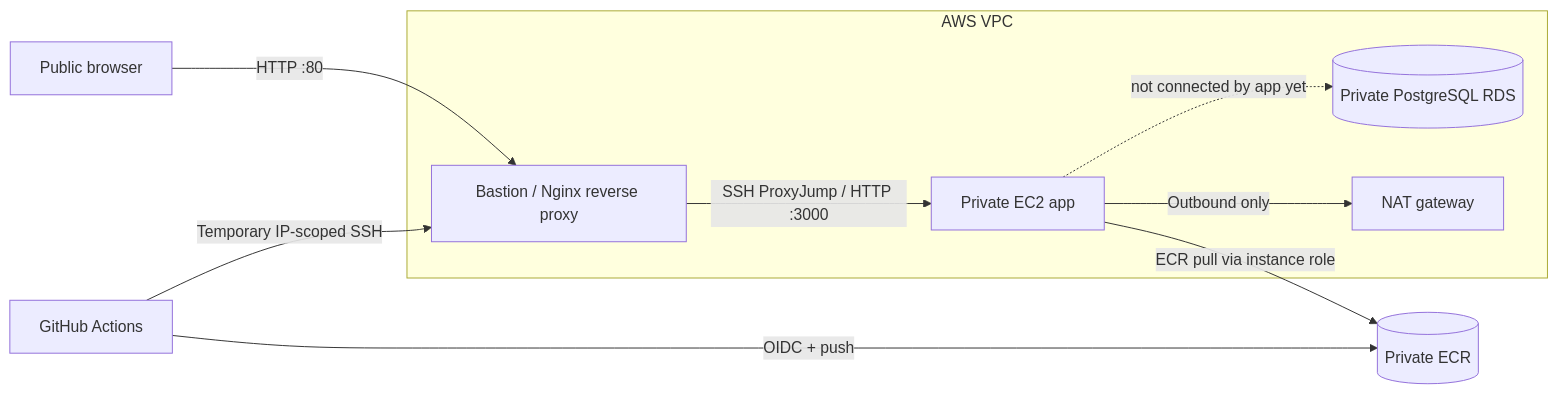
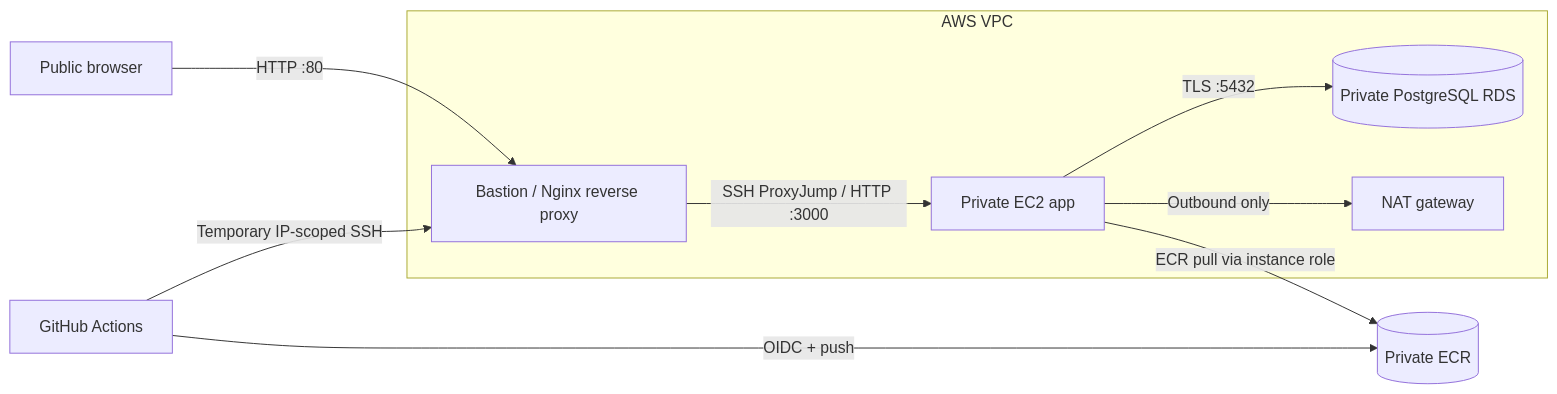
The diagram in README.md (Ibrahim-Iradukunda/IkiminaPay), drawn with Mermaid before and after one commit. The commit also changed other lines of this file and 12 other files, not shown here.

````diff
--- a/README.md
+++ b/README.md
@@ -176,16 +180,16 @@
 ```mermaid
 flowchart LR
     User[Public browser] -->|HTTP :80| Bastion[Bastion / Nginx reverse proxy]
     Runner[GitHub Actions] -->|Temporary IP-scoped SSH| Bastion
     Runner -->|OIDC + push| ECR[(Private ECR)]
     Bastion -->|SSH ProxyJump / HTTP :3000| App[Private EC2 app]
     App -->|ECR pull via instance role| ECR
-    App -. "not connected by app yet" .-> RDS[(Private PostgreSQL RDS)]
+    App -->|TLS :5432| RDS[(Private PostgreSQL RDS)]
     subgraph VPC[AWS VPC]
       Bastion
       App
       RDS
       NAT[NAT gateway]
       App -->|Outbound only| NAT
     end
 ```
````
